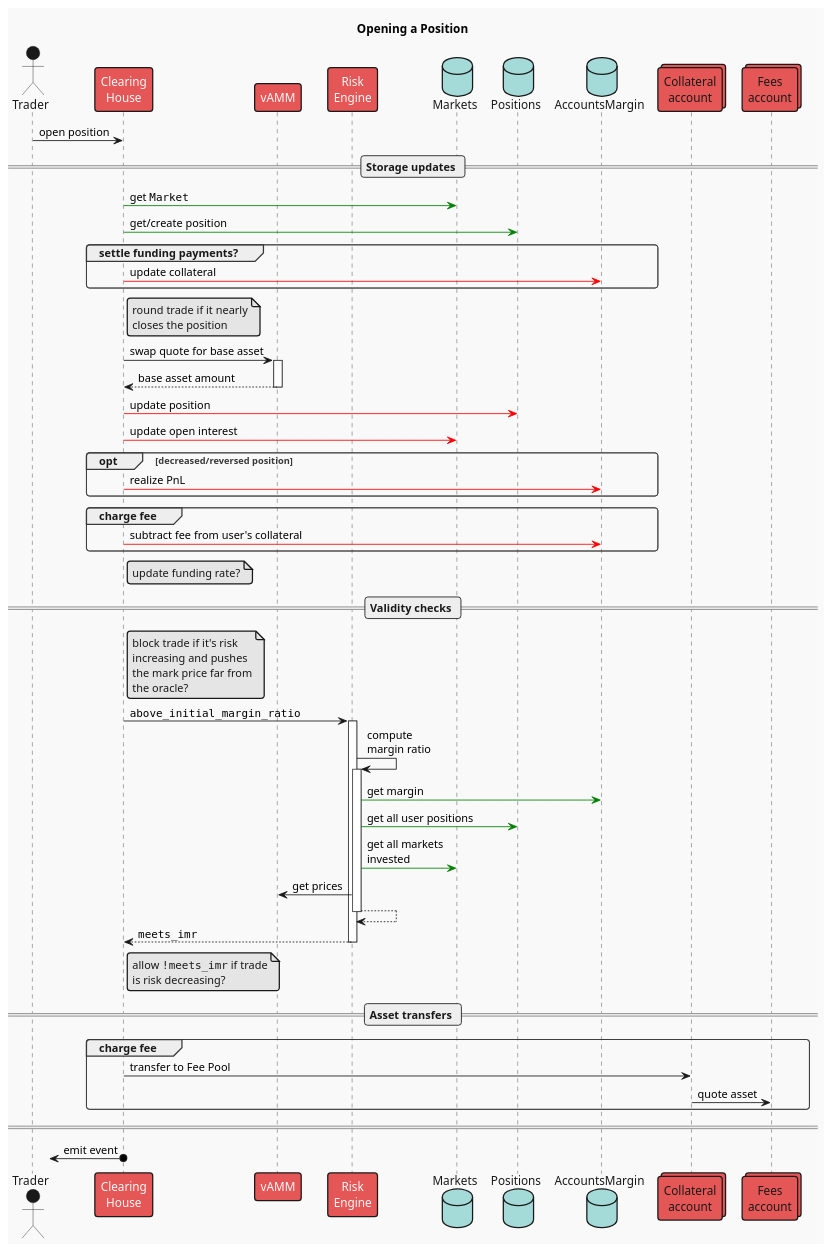
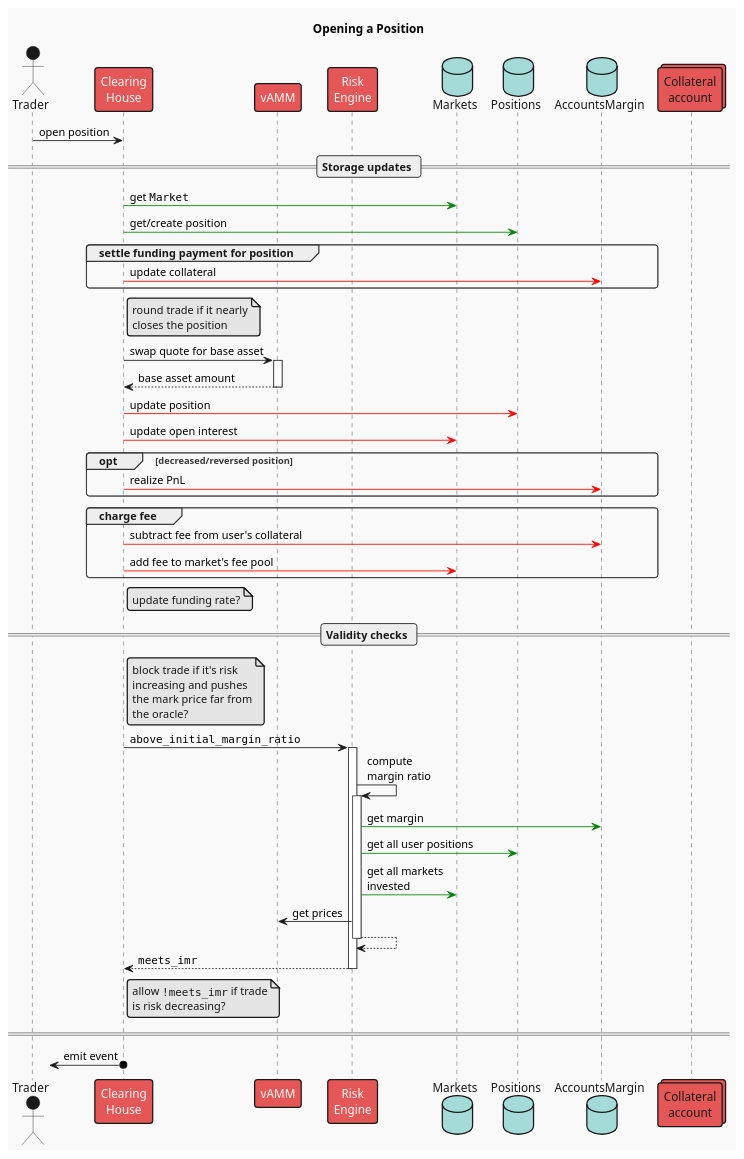
The diagram in frame/clearing-house/diagrams/open-position.plantuml (ComposableFi/composable), drawn with PlantUML before and after one commit.

Commit message:
docs(CH): update open_position seq diagram

```diff
--- a/frame/clearing-house/diagrams/open-position.plantuml
+++ b/frame/clearing-house/diagrams/open-position.plantuml
@@ -1,86 +1,79 @@
 @startuml open_position
 !theme mars
 skinparam responseMessageBelowArrow true
 
 title Opening a Position
 
 actor "Trader" as user
 participant "Clearing\nHouse" as ch
 participant "vAMM" as vamm
 participant "Risk\nEngine" as risk
 database "Markets" as mkts
 database "Positions" as positions
 database "AccountsMargin" as accs
 collections "Collateral\naccount" as vault
-collections "Fees\naccount" as fees
 
 user -> ch : open position
 
 == Storage updates ==
 
 ch -[#green]> mkts : get ""Market""
 ch -[#green]> positions : get/create position
 'note right CH: compute quote asset\nnotional amount
 
-group settle funding payments?
+group settle funding payment for position
 ch -[#red]> accs : update collateral
 end
 
 note right ch
 round trade if it nearly
 closes the position
 end note
 ch -> vamm ++ : swap quote for base asset
 return base asset amount
 
 ch -[#red]> positions : update position
 ch -[#red]> mkts : update open interest
 
 
 opt decreased/reversed position
 ch -[#red]> accs : realize PnL
 end
 
 group charge fee
 ch -[#red]> accs : subtract fee from user's collateral
+ch -[#red]> mkts : add fee to market's fee pool
 end
 
 note right ch
 update funding rate?
 end note
 
 == Validity checks ==
 
 note right ch
 block trade if it's risk
 increasing and pushes
 the mark price far from
 the oracle?
 end note
 
 'RiskEngine
 ch -> risk ++: ""above_initial_margin_ratio""
     risk -> risk ++: compute\nmargin ratio
         risk -[#green]> accs : get margin
         risk -[#green]> positions : get all user positions
         risk -[#green]> mkts : get all markets\ninvested
         risk -> vamm : get prices
     return
 return ""meets_imr""
 
 note right ch
 allow ""!meets_imr"" if trade
 is risk decreasing?
 end note
 
-== Asset transfers ==
-
-group charge fee
-ch -> vault : transfer to Fee Pool
-vault -> fees : quote asset
-end
-
 ====
 
 ?<-o ch : emit event
 @enduml
```
